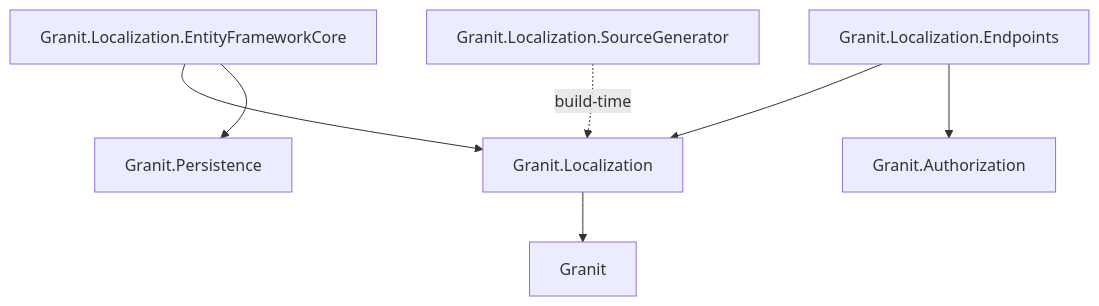
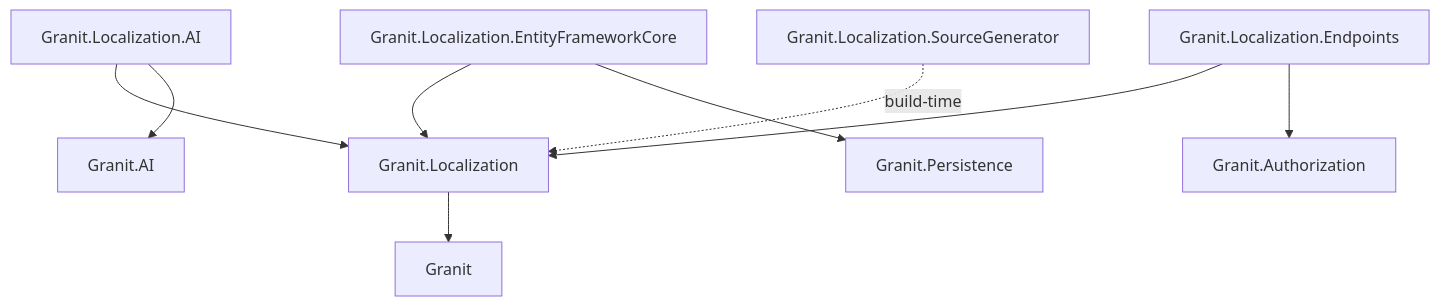
One commit to granit-fx/granit-dotnet changed the first of 2 diagrams in docs-site/src/content/docs/dotnet/infrastructure/localization.mdx. Above: the diagram before and after it, drawn with Mermaid. The commit also changed other lines of this file and 5 other files, not shown here.

````diff
--- a/docs-site/src/content/docs/dotnet/infrastructure/localization.mdx
+++ b/docs-site/src/content/docs/dotnet/infrastructure/localization.mdx
@@ -45,9 +47,11 @@
 ```mermaid
 graph TD
     L[Granit.Localization] --> CO[Granit]
+    AI[Granit.Localization.AI] --> L
+    AI --> AIM[Granit.AI]
     EF[Granit.Localization.EntityFrameworkCore] --> L
     EF --> P[Granit.Persistence]
     EP[Granit.Localization.Endpoints] --> L
     EP --> A[Granit.Authorization]
     SG[Granit.Localization.SourceGenerator] -.->|build-time| L
 ```
````
